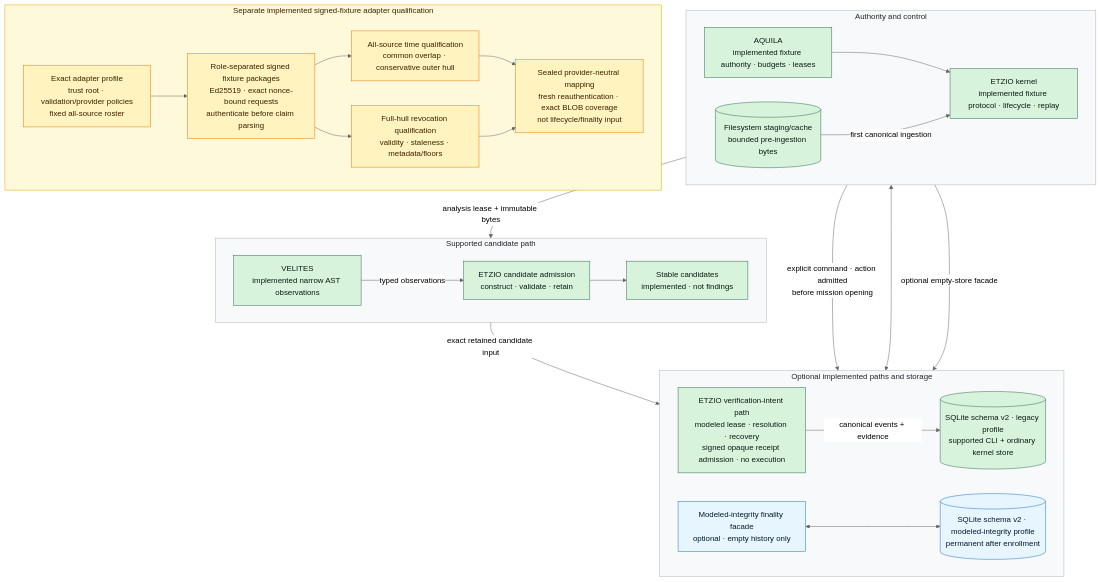
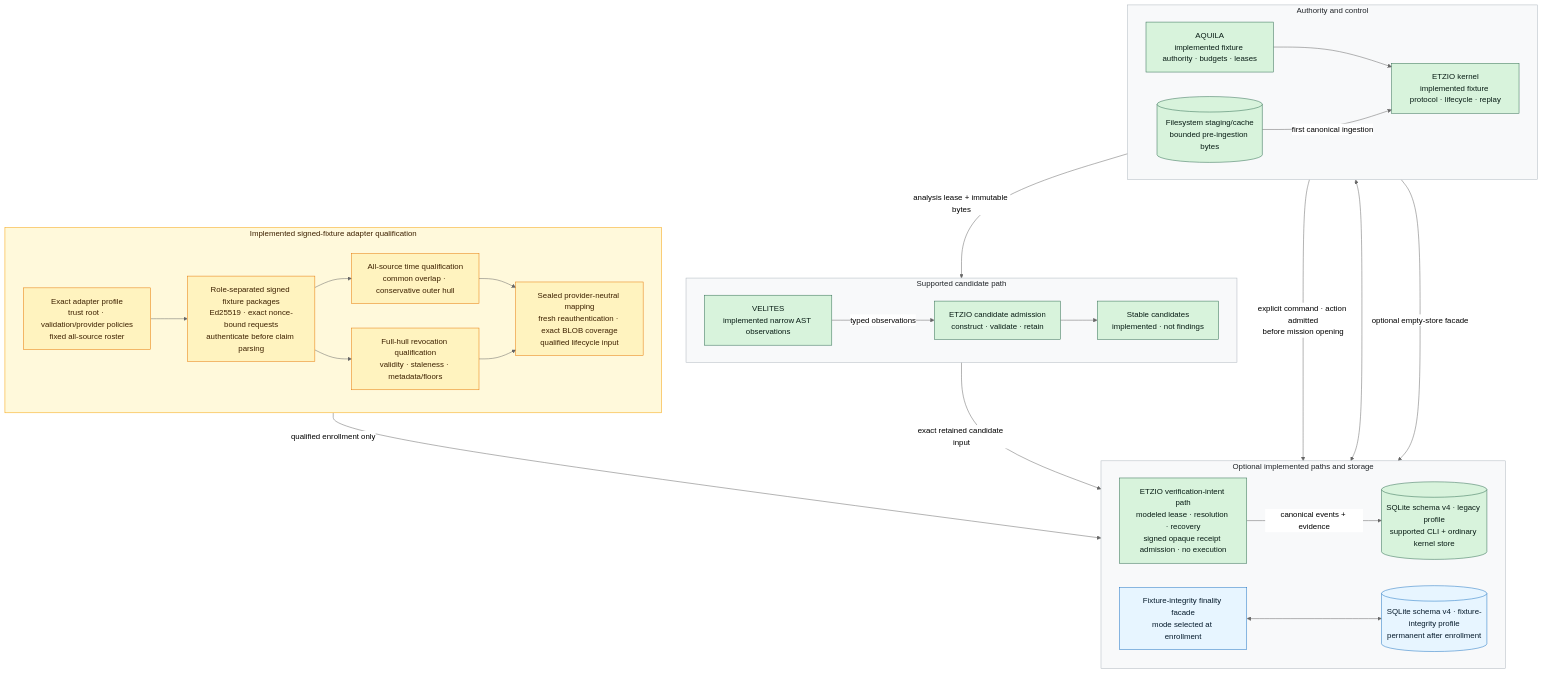
The first of 2 diagrams in README.md (manfromnowhere143/etzio), drawn with Mermaid (neutral theme) before and after one commit. The commit also changed other lines of this file and 24 other files, not shown here.

Commit message:
Complete qualified fixture finality and cold evidence reconstruction

````diff
--- a/README.md
+++ b/README.md
@@ -234,60 +239,61 @@
 ```mermaid
 flowchart TB
     subgraph AUTH["Authority and control"]
         direction LR
         AQ["AQUILA<br/>implemented fixture authority · budgets · leases"]
         S[("Filesystem staging/cache<br/>bounded pre-ingestion bytes")]
         K["ETZIO kernel<br/>implemented fixture protocol · lifecycle · replay"]
     end
 
     subgraph SCAN["Supported candidate path"]
         direction LR
         V["VELITES<br/>implemented narrow AST observations"]
         KC["ETZIO candidate admission<br/>construct · validate · retain"]
         C["Stable candidates<br/>implemented · not findings"]
     end
 
     subgraph OPTIONAL["Optional implemented paths and storage"]
         direction LR
         VR["ETZIO verification-intent path<br/>modeled lease · resolution · recovery<br/>signed opaque receipt admission · no execution"]
-        DBL[("SQLite schema v2 · legacy profile<br/>supported CLI + ordinary kernel store")]
-        IF["Modeled-integrity finality facade<br/>optional · empty history only"]
-        DBM[("SQLite schema v2 · modeled-integrity profile<br/>permanent after enrollment")]
+        DBL[("SQLite schema v4 · legacy profile<br/>supported CLI + ordinary kernel store")]
+        IF["Fixture-integrity finality facade<br/>mode selected at enrollment"]
+        DBM[("SQLite schema v4 · fixture-integrity profile<br/>permanent after enrollment")]
     end
 
-    subgraph QUAL["Separate implemented signed-fixture adapter qualification"]
+    subgraph QUAL["Implemented signed-fixture adapter qualification"]
         direction LR
         AP["Exact adapter profile<br/>trust root · validation/provider policies<br/>fixed all-source roster"]
         SP["Role-separated signed fixture packages<br/>Ed25519 · exact nonce-bound requests<br/>authenticate before claim parsing"]
         TH["All-source time qualification<br/>common overlap · conservative outer hull"]
         RF["Full-hull revocation qualification<br/>validity · staleness · metadata/floors"]
-        SM["Sealed provider-neutral mapping<br/>fresh reauthentication · exact BLOB coverage<br/>not lifecycle/finality input"]
+        SM["Sealed provider-neutral mapping<br/>fresh reauthentication · exact BLOB coverage<br/>qualified lifecycle input"]
     end
 
     AQ --> K
     S -->|"first canonical ingestion"| K
     K -->|"analysis lease + immutable bytes"| V
     V -->|"typed observations"| KC --> C
     K -->|"explicit command · action admitted<br/>before mission opening"| VR
     C -->|"exact retained candidate input"| VR
     VR -->|"canonical events + evidence"| DBL
     K <--> DBL
     K -->|"optional empty-store facade"| IF
     IF <--> DBM
     AP --> SP
     SP --> TH
     SP --> RF
     TH --> SM
     RF --> SM
+    SM -->|"qualified enrollment only"| IF
 
     classDef implemented fill:#d8f3dc,stroke:#2d6a4f,color:#081c15;
     classDef fixture fill:#e7f5ff,stroke:#1971c2,color:#061b2c;
     classDef qualification fill:#fff3bf,stroke:#e67700,color:#3d2100;
     class AQ,K,S,DBL,V,KC,C,VR implemented;
     class IF,DBM fixture;
     class AP,SP,TH,RF,SM qualification;
     style AUTH fill:#f8f9fa,stroke:#adb5bd,color:#212529
     style SCAN fill:#f8f9fa,stroke:#adb5bd,color:#212529
     style OPTIONAL fill:#f8f9fa,stroke:#adb5bd,color:#212529
     style QUAL fill:#fff9db,stroke:#f59f00,color:#3d2100
 ```
````
